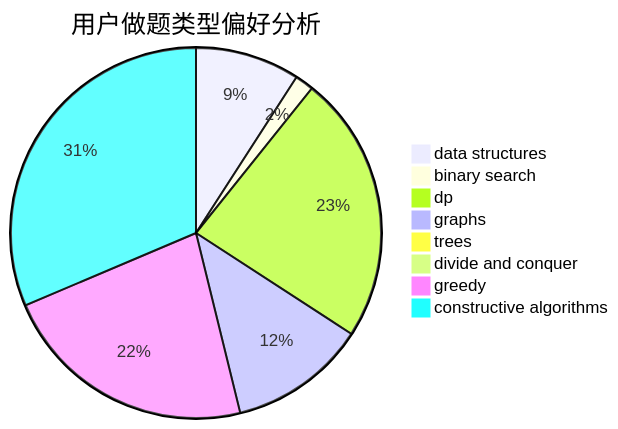
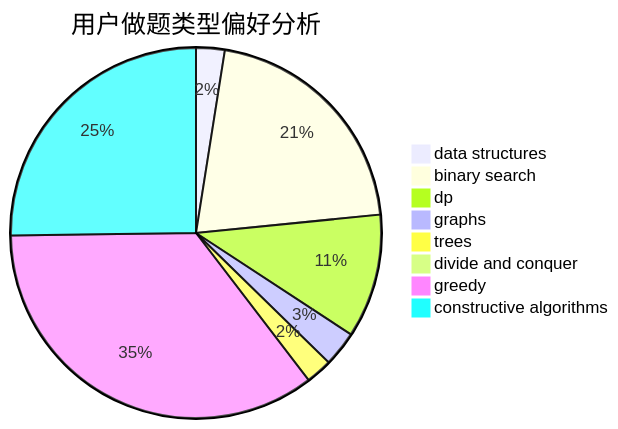
Before and after one commit to sherpahu/cfrs.github.io: the second of 3 diagrams in docs/user/u761.md, drawn with Mermaid. The commit also changed other lines of this file and 2770 other files, not shown here.

````diff
--- a/docs/user/u761.md
+++ b/docs/user/u761.md
@@ -23,11 +23,11 @@
 ```mermaid
 pie title 用户做题类型偏好分析
-    "data structures" :  95
-    "binary search" :  17
-    "dp" :  244
-    "graphs" :  125
-    "trees" :  9
-    "divide and conquer" :  0
-    "greedy" :  234
-    "constructive algorithms" :  327
+    "data structures" :  39
+    "binary search" :  327
+    "dp" :  169
+    "graphs" :  48
+    "trees" :  36
+    "divide and conquer" :  13
+    "greedy" :  550
+    "constructive algorithms" :  394
 ```
````
